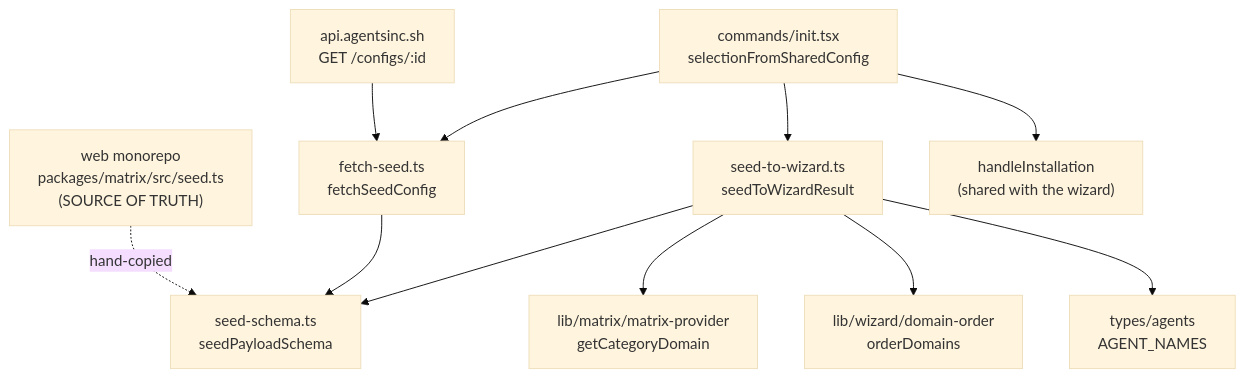
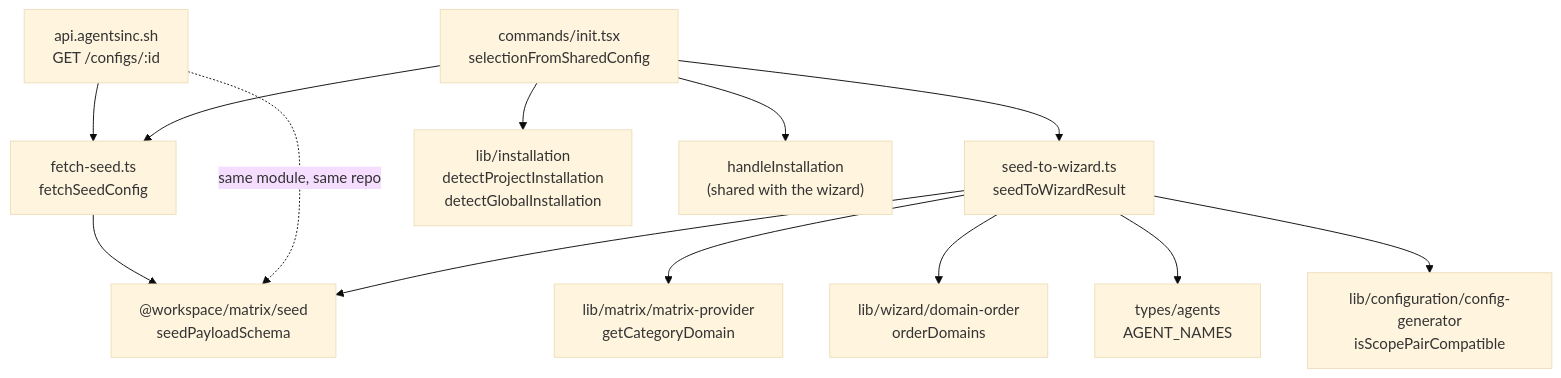
The diagram in packages/cli/.ai-docs/reference/features/seed-contract.md (agents-inc/agents-inc), drawn with Mermaid (base theme) before and after one commit. The commit also changed other lines of this file and 55 other files, not shown here.

````diff
--- a/packages/cli/.ai-docs/reference/features/seed-contract.md
+++ b/packages/cli/.ai-docs/reference/features/seed-contract.md
@@ -81,13 +86,15 @@
 ```mermaid
 graph TD
-  Web["web monorepo<br/>packages/matrix/src/seed.ts<br/>(SOURCE OF TRUTH)"] -.->|hand-copied| Schema
   Worker["api.agentsinc.sh<br/>GET /configs/:id"] --> Fetch
   Init["commands/init.tsx<br/>selectionFromSharedConfig"] --> Fetch["fetch-seed.ts<br/>fetchSeedConfig"]
-  Fetch --> Schema["seed-schema.ts<br/>seedPayloadSchema"]
+  Fetch --> Schema["@workspace/matrix/seed<br/>seedPayloadSchema"]
+  Worker -.->|"same module, same repo"| Schema
   Init --> Map["seed-to-wizard.ts<br/>seedToWizardResult"]
   Map --> Schema
   Map --> Matrix["lib/matrix/matrix-provider<br/>getCategoryDomain"]
   Map --> Order["lib/wizard/domain-order<br/>orderDomains"]
   Map --> Agents["types/agents<br/>AGENT_NAMES"]
+  Map --> Scope["lib/configuration/config-generator<br/>isScopePairCompatible"]
+  Init --> Detect["lib/installation<br/>detectProjectInstallation<br/>detectGlobalInstallation"]
   Init --> Spine["handleInstallation<br/>(shared with the wizard)"]
 ```
````
